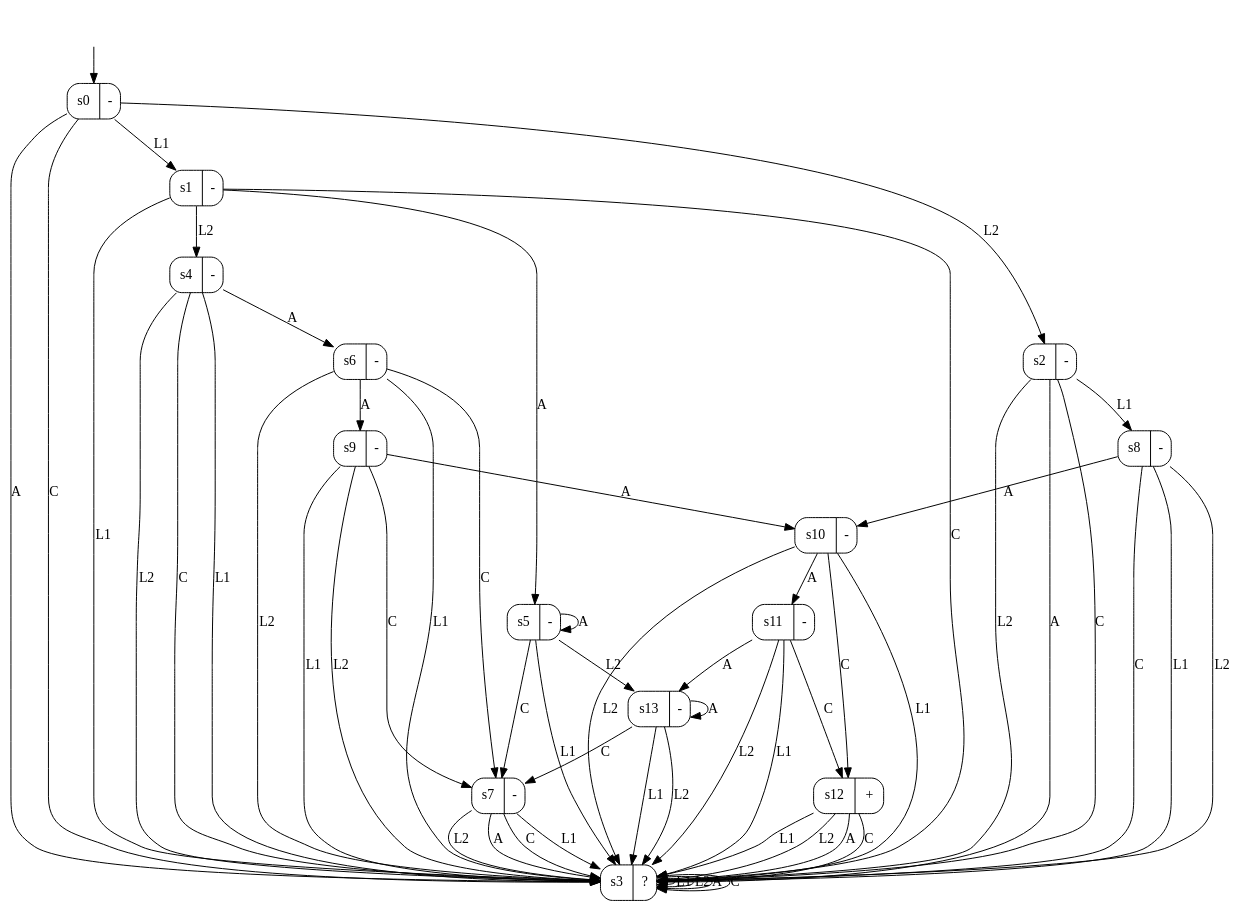
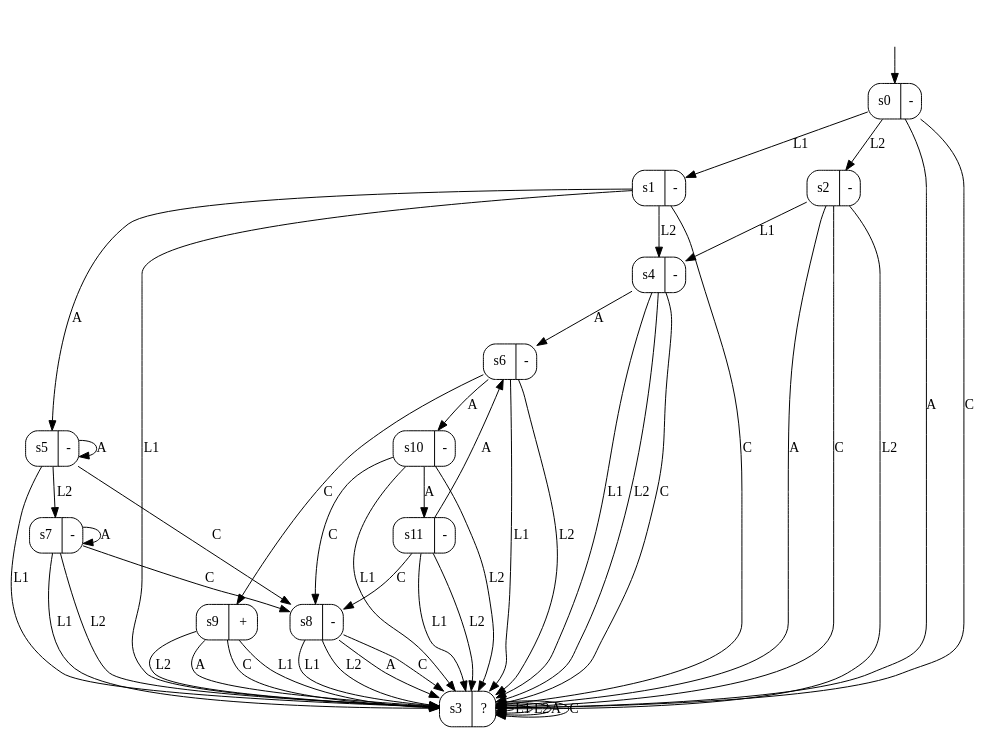
The diagram in output/magento_dfa3_0.6.dot (tomyaacov/lstar_dont_care), drawn with Graphviz before and after one commit. The commit also changed 64 other files, not shown here.

```diff
--- a/output/magento_dfa3_0.6.dot
+++ b/output/magento_dfa3_0.6.dot
@@ -1,74 +1,64 @@
 digraph "output/magento_dfa3_0.6" {
 s0 [label="s0|-", shape=record, style=rounded];
 s1 [label="s1|-", shape=record, style=rounded];
 s2 [label="s2|-", shape=record, style=rounded];
 s3 [label="s3|?", shape=record, style=rounded];
 s4 [label="s4|-", shape=record, style=rounded];
 s5 [label="s5|-", shape=record, style=rounded];
 s6 [label="s6|-", shape=record, style=rounded];
 s7 [label="s7|-", shape=record, style=rounded];
 s8 [label="s8|-", shape=record, style=rounded];
-s9 [label="s9|-", shape=record, style=rounded];
+s9 [label="s9|+", shape=record, style=rounded];
 s10 [label="s10|-", shape=record, style=rounded];
 s11 [label="s11|-", shape=record, style=rounded];
-s12 [label="s12|+", shape=record, style=rounded];
-s13 [label="s13|-", shape=record, style=rounded];
 s0 -> s1  [label=L1];
 s0 -> s2  [label=L2];
 s0 -> s3  [label=A];
 s0 -> s3  [label=C];
 s1 -> s3  [label=L1];
 s1 -> s4  [label=L2];
 s1 -> s5  [label=A];
 s1 -> s3  [label=C];
-s2 -> s8  [label=L1];
+s2 -> s4  [label=L1];
 s2 -> s3  [label=L2];
 s2 -> s3  [label=A];
 s2 -> s3  [label=C];
 s3 -> s3  [label=L1];
 s3 -> s3  [label=L2];
 s3 -> s3  [label=A];
 s3 -> s3  [label=C];
 s4 -> s3  [label=L1];
 s4 -> s3  [label=L2];
 s4 -> s6  [label=A];
 s4 -> s3  [label=C];
 s5 -> s3  [label=L1];
-s5 -> s13  [label=L2];
+s5 -> s7  [label=L2];
 s5 -> s5  [label=A];
-s5 -> s7  [label=C];
+s5 -> s8  [label=C];
 s6 -> s3  [label=L1];
 s6 -> s3  [label=L2];
-s6 -> s9  [label=A];
-s6 -> s7  [label=C];
+s6 -> s10  [label=A];
+s6 -> s9  [label=C];
 s7 -> s3  [label=L1];
 s7 -> s3  [label=L2];
-s7 -> s3  [label=A];
-s7 -> s3  [label=C];
+s7 -> s7  [label=A];
+s7 -> s8  [label=C];
 s8 -> s3  [label=L1];
 s8 -> s3  [label=L2];
-s8 -> s10  [label=A];
+s8 -> s3  [label=A];
 s8 -> s3  [label=C];
 s9 -> s3  [label=L1];
 s9 -> s3  [label=L2];
-s9 -> s10  [label=A];
-s9 -> s7  [label=C];
+s9 -> s3  [label=A];
+s9 -> s3  [label=C];
 s10 -> s3  [label=L1];
 s10 -> s3  [label=L2];
 s10 -> s11  [label=A];
-s10 -> s12  [label=C];
+s10 -> s8  [label=C];
 s11 -> s3  [label=L1];
 s11 -> s3  [label=L2];
-s11 -> s13  [label=A];
-s11 -> s12  [label=C];
-s12 -> s3  [label=L1];
-s12 -> s3  [label=L2];
-s12 -> s3  [label=A];
-s12 -> s3  [label=C];
-s13 -> s3  [label=L1];
-s13 -> s3  [label=L2];
-s13 -> s13  [label=A];
-s13 -> s7  [label=C];
+s11 -> s6  [label=A];
+s11 -> s8  [label=C];
 __start0 [label="", shape=none];
 __start0 -> s0  [label=""];
 }
```
